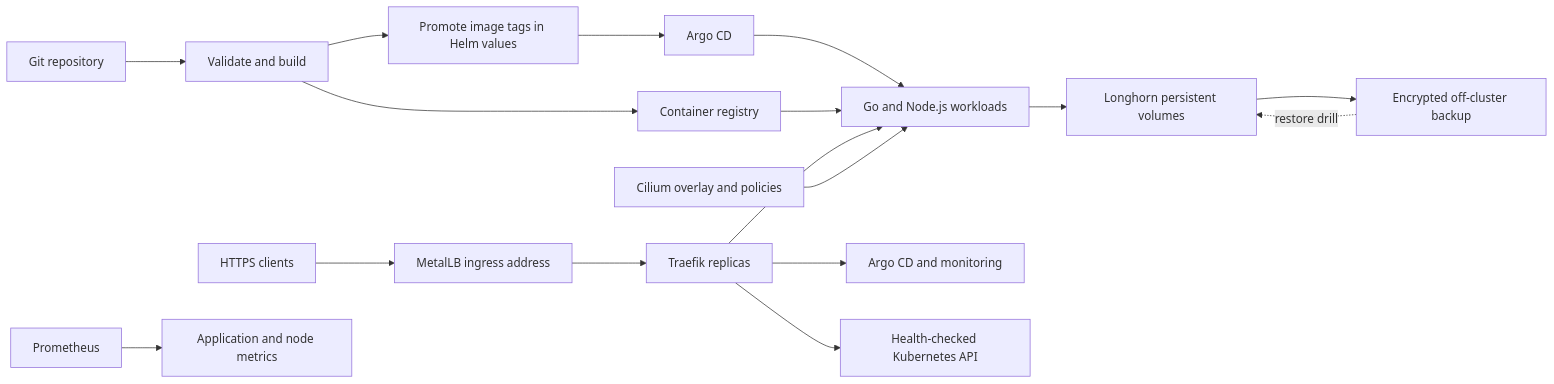
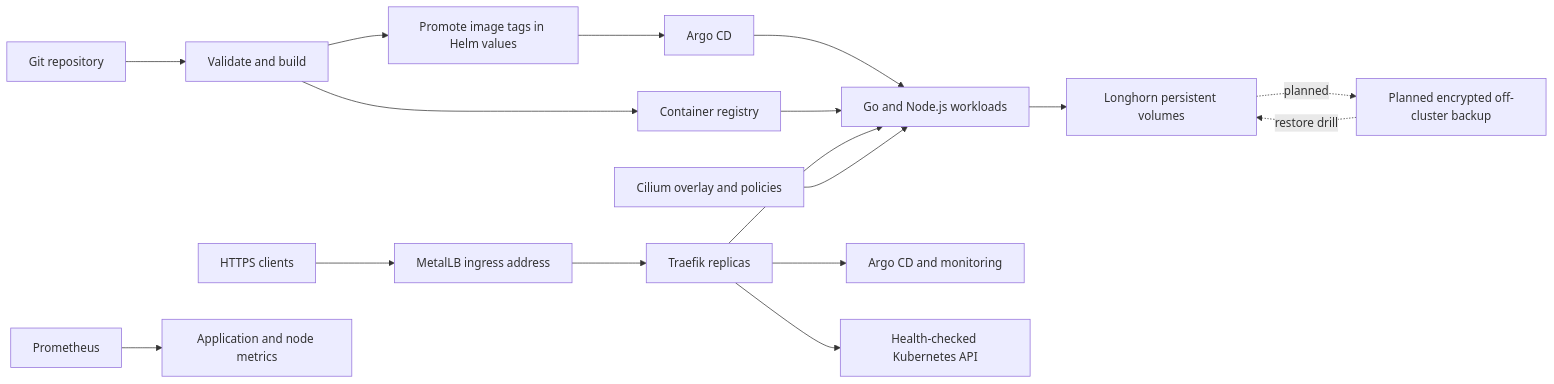
One commit to egyhaty/karm-devops changed the diagram in docs/architecture.md. Above: the diagram before and after it, drawn with Mermaid. The commit also changed other lines of this file, not shown here.

Commit message:
docs: clarify delivery and backup status

````diff
--- a/docs/architecture.md
+++ b/docs/architecture.md
@@ -5,19 +5,19 @@
 ```mermaid
 flowchart LR
   Git[Git repository] --> CI[Validate and build]
   CI --> Registry[Container registry]
   CI --> Values[Promote image tags in Helm values]
   Values --> Argo[Argo CD]
   Argo --> Apps[Go and Node.js workloads]
   Registry --> Apps
   Clients[HTTPS clients] --> VIP[MetalLB ingress address]
   VIP --> Traefik[Traefik replicas]
   Traefik --> Apps
   Traefik --> UI[Argo CD and monitoring]
   Traefik --> API[Health-checked Kubernetes API]
   Cilium[Cilium overlay and policies] --> Apps
   Prom[Prometheus] --> Metrics[Application and node metrics]
   Apps --> PVC[Longhorn persistent volumes]
-  PVC --> Backup[Encrypted off-cluster backup]
+  PVC -. planned .-> Backup[Planned encrypted off-cluster backup]
   Backup -. restore drill .-> PVC
 ```
````
